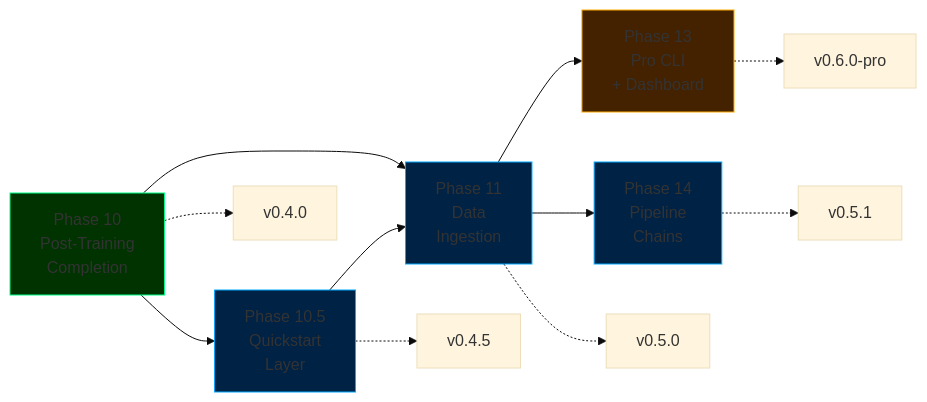
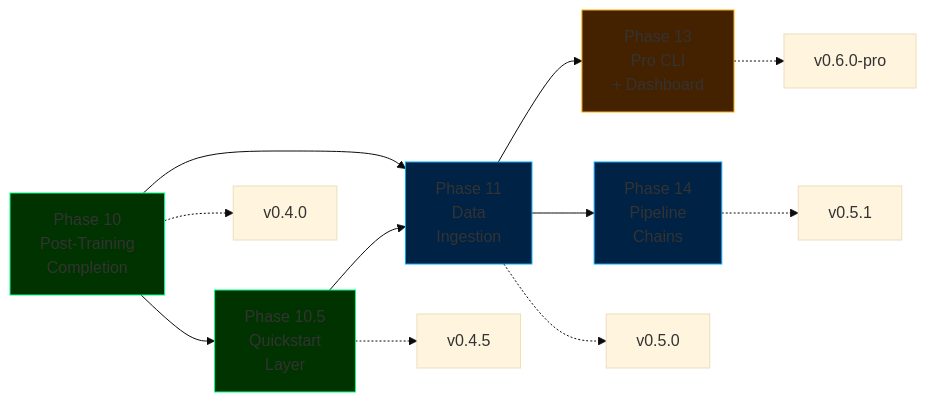
One commit to cemililik/ForgeLM changed the diagram in docs/roadmap.md. Above: the diagram before and after it, drawn with Mermaid (base theme). The commit also changed other lines of this file and 25 other files, not shown here.

````diff
--- a/docs/roadmap.md
+++ b/docs/roadmap.md
@@ -24,20 +26,20 @@
 ```mermaid
 graph LR
     P10[Phase 10<br/>Post-Training<br/>Completion] --> P105[Phase 10.5<br/>Quickstart<br/>Layer]
     P10 --> P11[Phase 11<br/>Data<br/>Ingestion]
     P105 --> P11
     P11 --> P13[Phase 13<br/>Pro CLI<br/>+ Dashboard]
     P11 --> P14[Phase 14<br/>Pipeline<br/>Chains]
 
     P10 -.-> V1[v0.4.0]
     P105 -.-> V15[v0.4.5]
     P11 -.-> V2[v0.5.0]
     P14 -.-> V25[v0.5.1]
     P13 -.-> V3[v0.6.0-pro]
 
     style P10 fill:#003300,stroke:#00ff88
-    style P105 fill:#002244,stroke:#00aaff
+    style P105 fill:#003300,stroke:#00ff88
     style P11 fill:#002244,stroke:#00aaff
     style P13 fill:#442200,stroke:#ffaa00
     style P14 fill:#002244,stroke:#00aaff
 ```
````
